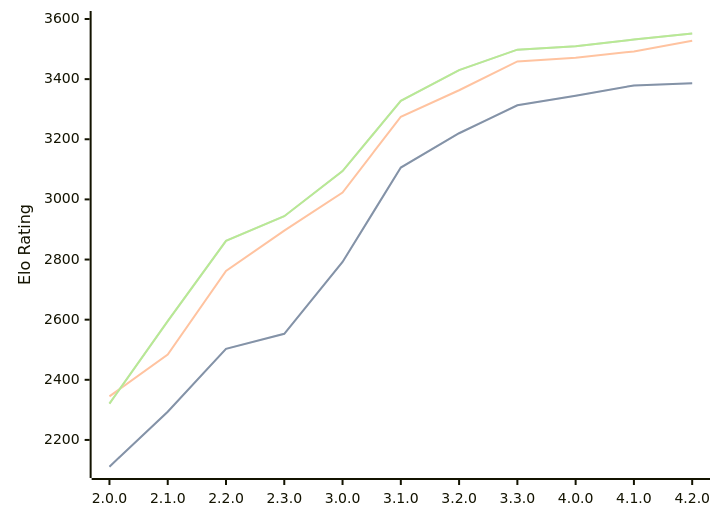
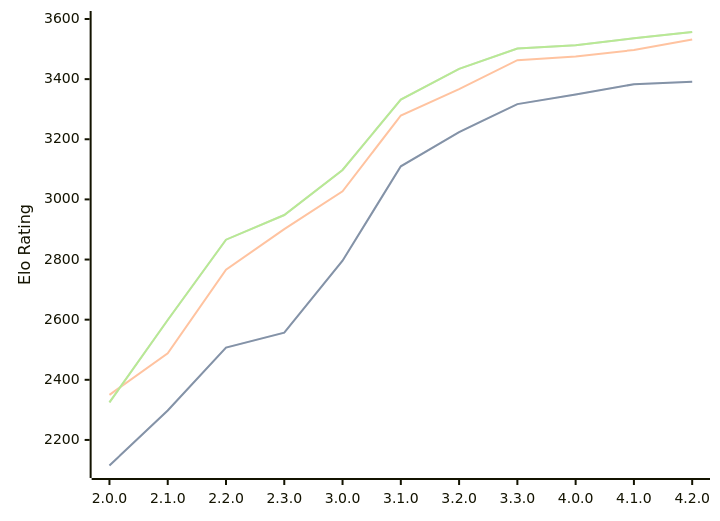
The diagram in engines/Raphael.md (computer-chess-index/cci), drawn with Mermaid before and after one commit. The commit also changed other lines of this file, not shown here.

Commit message:
Update CCI Ratings (ELO VLTC) - 2026-08-18

````diff
--- a/engines/Raphael.md
+++ b/engines/Raphael.md
@@ -41,11 +41,11 @@
 ```mermaid
 %%{init: {"theme":"base","themeVariables":{"seriesColors:['#a3a3a3','#222221','#faa371']}}}%%
 xychart-beta
   x-axis ["2.0.0", "2.1.0", "2.2.0", "2.3.0", "3.0.0", "3.1.0", "3.2.0", "3.3.0", "4.0.0", "4.1.0", "4.2.0"]
   y-axis "Elo Rating" 2100 --> 3600
-  line "STC (8.0+0.08s)" [2111, 2294, 2503, 2553, 2792, 3106, 3220, 3313, 3345, 3379, 3386]
-  line "STC (8.0+0.08s)" [2111, 2294, 2503, 2553, 2792, 3106, 3220, 3313, 3345, 3379, 3386]
-  line "LTC (60.0+0.60s)" [2345, 2484, 2762, 2896, 3023, 3275, 3363, 3459, 3471, 3492, 3528]
-  line "VLTC (2m24s+1.12s)" [2321, 2595, 2862, 2944, 3094, 3328, 3430, 3498, 3509, 3532, 3552]
-  line "VLTC (2m24s+1.12s)" [2321, 2595, 2862, 2944, 3094, 3328, 3430, 3498, 3509, 3532, 3552]
+  line "STC (8.0+0.08s)" [2115, 2298, 2507, 2557, 2796, 3110, 3224, 3317, 3349, 3383, 3391]
+  line "STC (8.0+0.08s)" [2115, 2298, 2507, 2557, 2796, 3110, 3224, 3317, 3349, 3383, 3391]
+  line "LTC (60.0+0.60s)" [2350, 2488, 2766, 2901, 3027, 3279, 3367, 3463, 3475, 3497, 3532]
+  line "VLTC (2m24s+1.12s)" [2325, 2599, 2866, 2948, 3098, 3332, 3434, 3502, 3513, 3536, 3557]
+  line "VLTC (2m24s+1.12s)" [2325, 2599, 2866, 2948, 3098, 3332, 3434, 3502, 3513, 3536, 3557]
 ```
````
